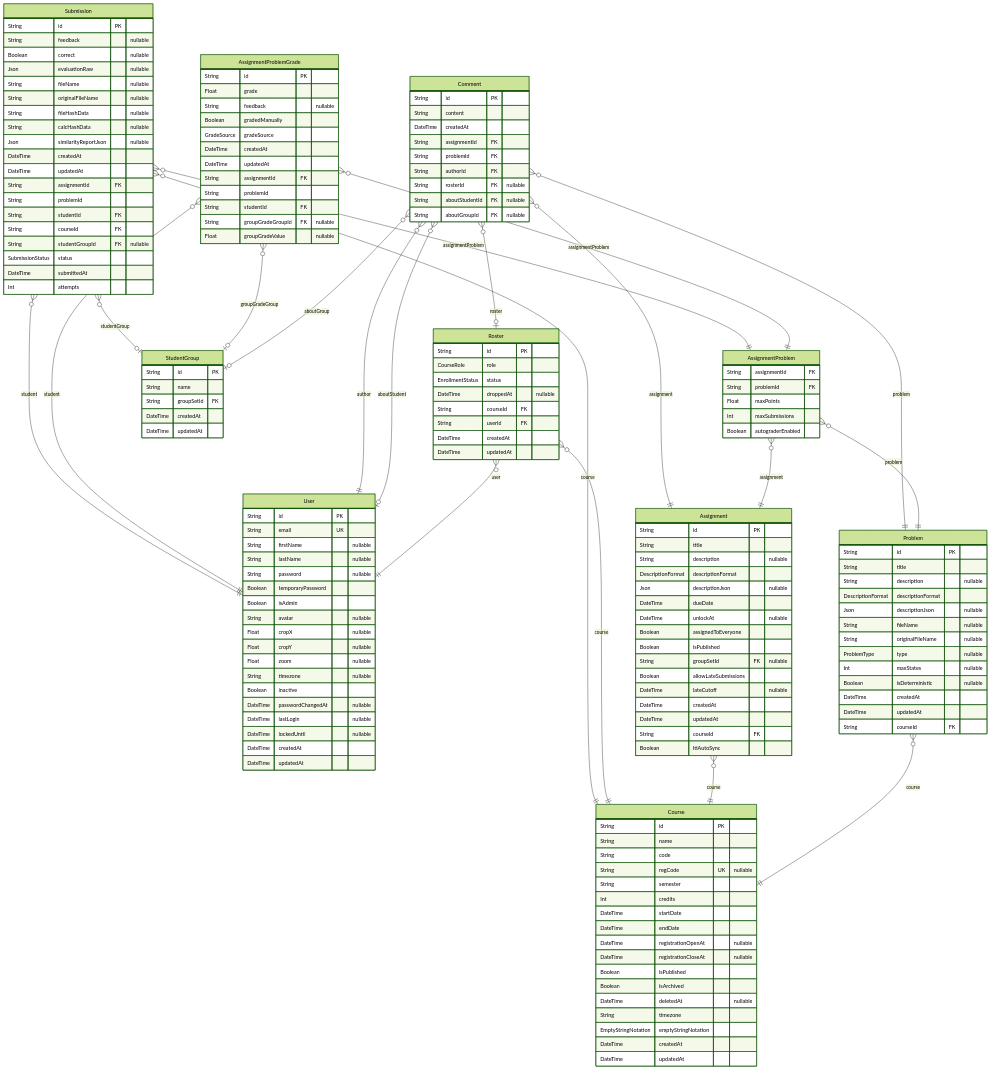
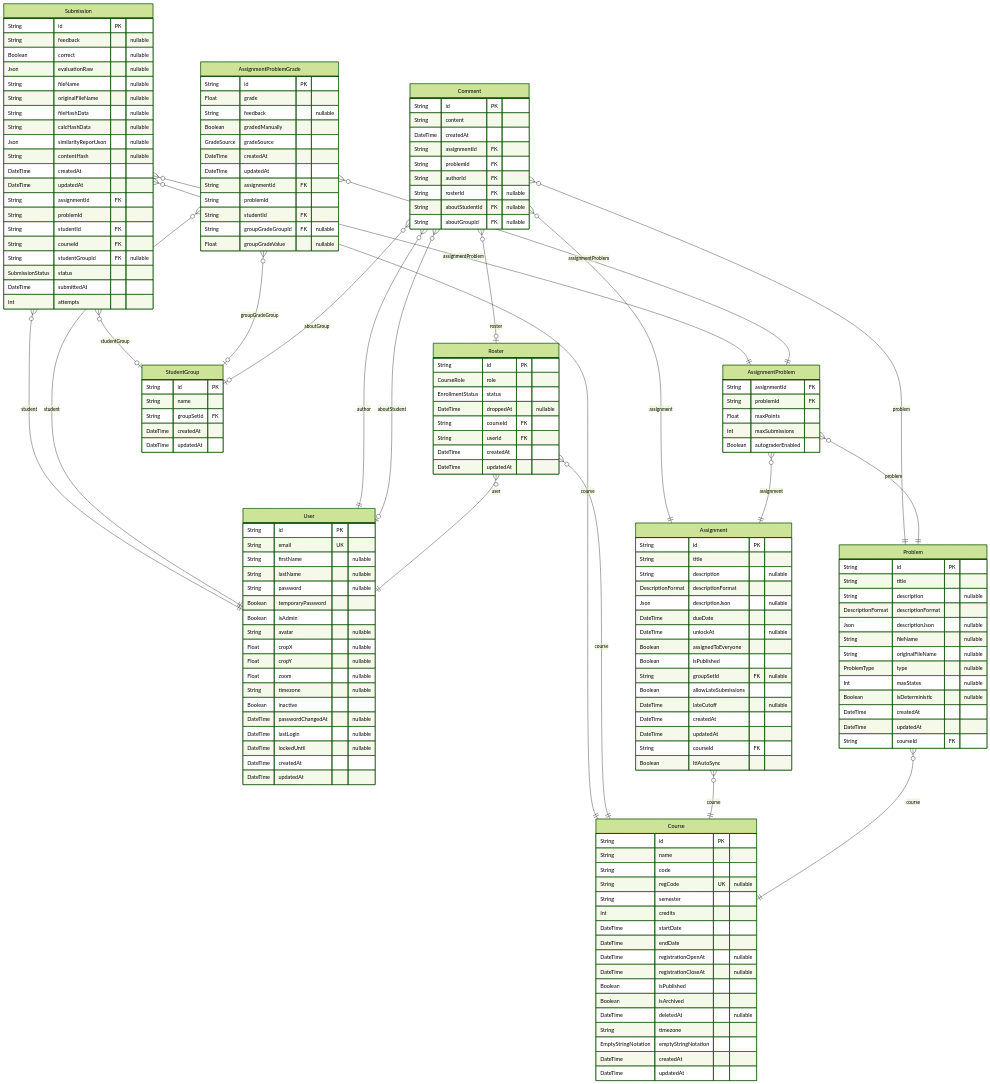
One commit to PennStateCS/AFCT changed the fourth of 5 diagrams in docs-site/docs/reference/database-schema.md. Above: the diagram before and after it, drawn with Mermaid (forest theme). The commit also changed other lines of this file and 19 other files, not shown here.

```diff
--- a/docs-site/docs/reference/database-schema.md
+++ b/docs-site/docs/reference/database-schema.md
@@ -1039,6 +1039,7 @@
   String fileHashData "nullable"
   String calcHashData "nullable"
   Json similarityReportJson "nullable"
+  String contentHash "nullable"
   DateTime createdAt
   DateTime updatedAt
   String assignmentId FK
```
